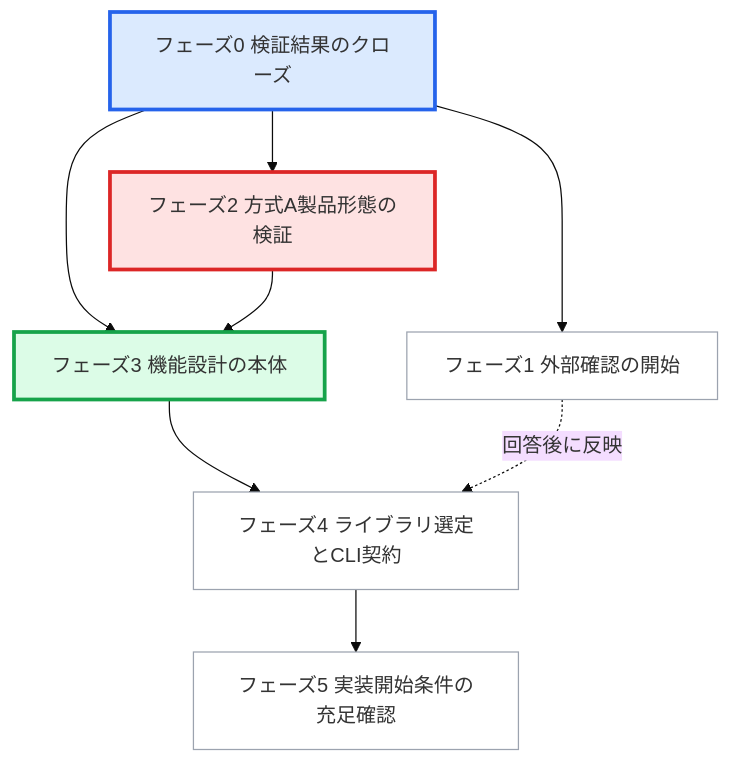
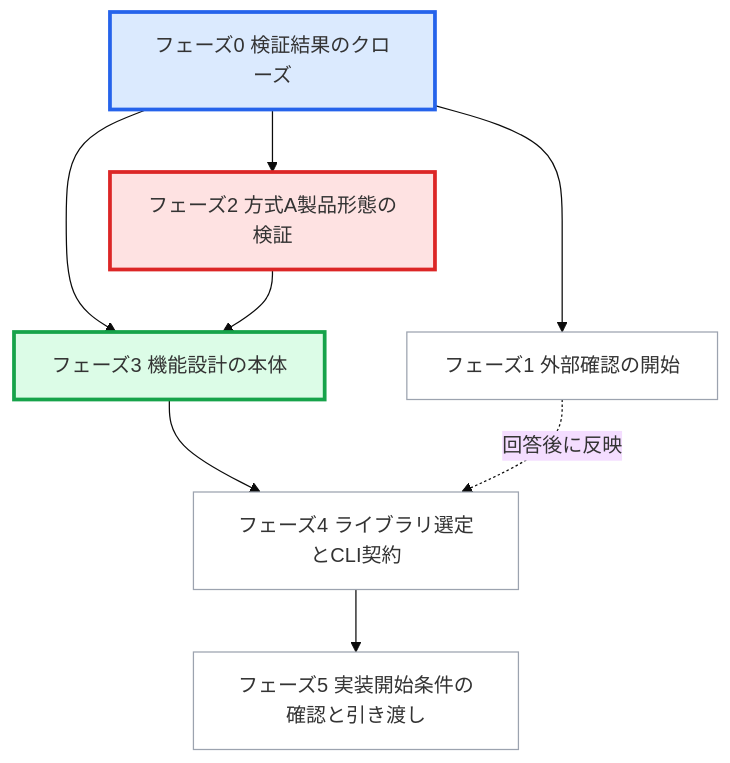
The second of 2 diagrams in TODO.md (mgmaru/algo-loom), drawn with Mermaid (base theme) before and after one commit. The commit also changed other lines of this file, not shown here.

````diff
--- a/TODO.md
+++ b/TODO.md
@@ -98,17 +98,17 @@
 ```mermaid
 flowchart TD
     P0[フェーズ0 検証結果のクローズ] --> P3[フェーズ3 機能設計の本体]
     P0 --> P1[フェーズ1 外部確認の開始]
     P0 --> P2[フェーズ2 方式A製品形態の検証]
     P2 --> P3
     P3 --> P4[フェーズ4 ライブラリ選定とCLI契約]
     P1 -.回答後に反映.-> P4
-    P4 --> P5[フェーズ5 実装開始条件の充足確認]
+    P4 --> P5[フェーズ5 実装開始条件の確認と引き渡し]
 
     style P0 fill:#dbeafe,stroke:#2563eb,stroke-width:3px
     style P1 fill:#ffffff,stroke:#9ca3af
     style P2 fill:#fee2e2,stroke:#dc2626,stroke-width:3px
     style P3 fill:#dcfce7,stroke:#16a34a,stroke-width:3px
     style P4 fill:#ffffff,stroke:#9ca3af
     style P5 fill:#ffffff,stroke:#9ca3af
 ```
````
